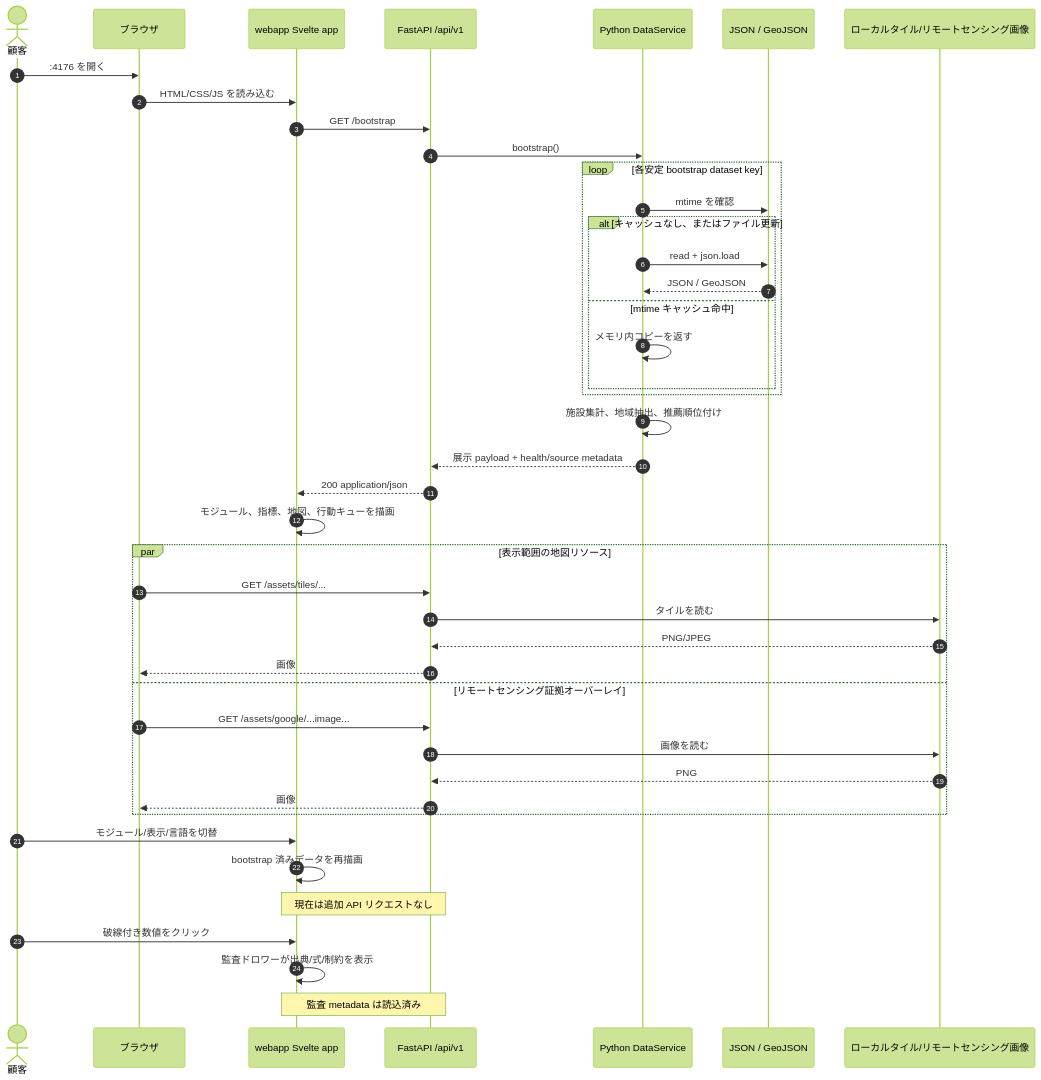
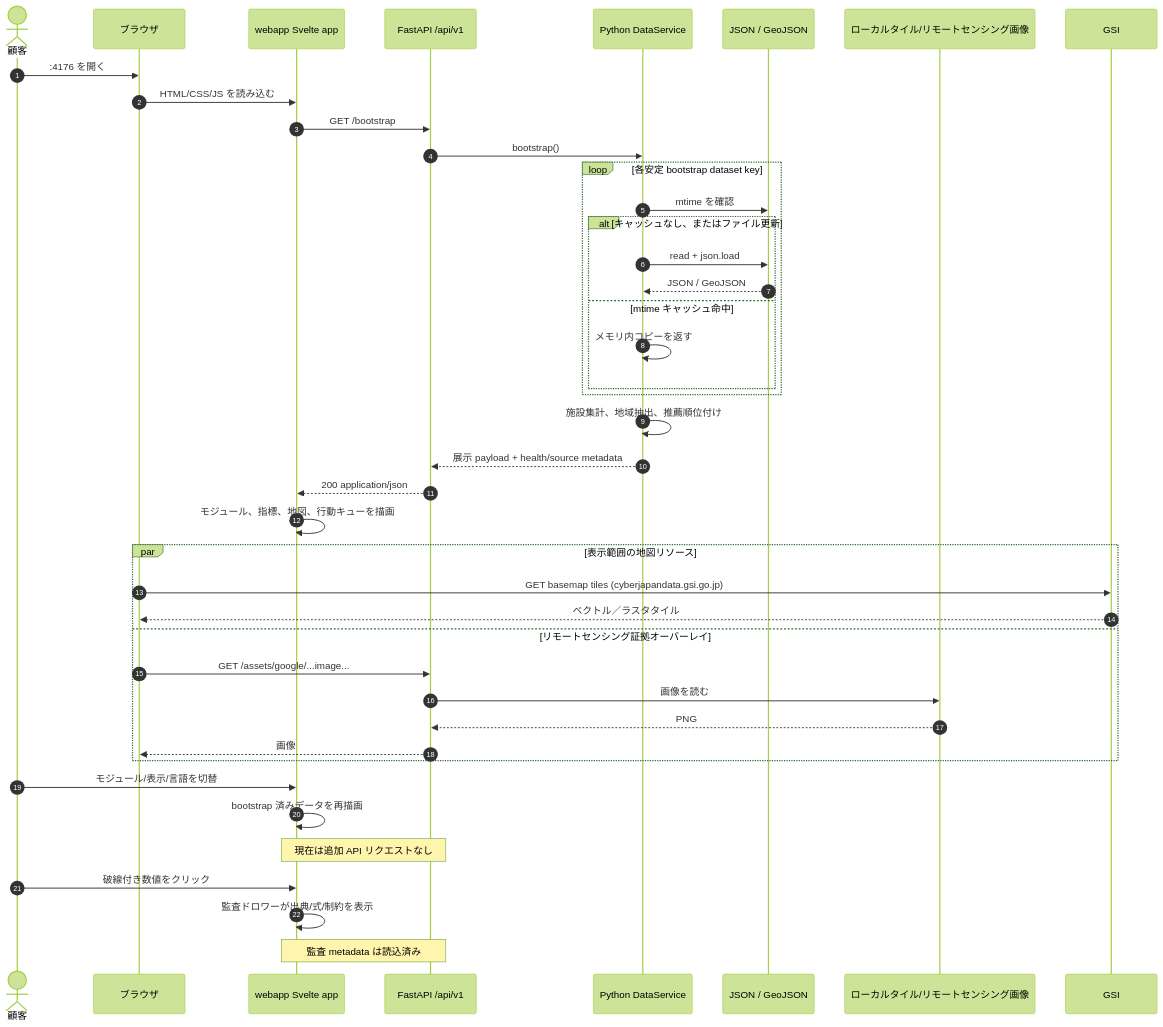
Before and after one commit to TsumiNa/terrai-spatial-intelligence: the second of 3 diagrams in docs/architecture/FRONTEND_BACKEND.ja.md, drawn with Mermaid (forest theme). The commit also changed 493 other files, not shown here.

````diff
--- a/docs/architecture/FRONTEND_BACKEND.ja.md
+++ b/docs/architecture/FRONTEND_BACKEND.ja.md
@@ -72,49 +72,47 @@
 ```mermaid
 sequenceDiagram
     autonumber
     actor Customer as 顧客
     participant Browser as ブラウザ
     participant Frontend as webapp Svelte app
     participant API as FastAPI /api/v1
     participant Service as Python DataService
     participant FL as JSON / GeoJSON
     participant Assets as ローカルタイル/リモートセンシング画像
 
     Customer->>Browser: :4176 を開く
     Browser->>Frontend: HTML/CSS/JS を読み込む
     Frontend->>API: GET /bootstrap
     API->>Service: bootstrap()
     loop 各安定 bootstrap dataset key
         Service->>FL: mtime を確認
         alt キャッシュなし、またはファイル更新
             Service->>FL: read + json.load
             FL-->>Service: JSON / GeoJSON
         else mtime キャッシュ命中
             Service->>Service: メモリ内コピーを返す
         end
     end
     Service->>Service: 施設集計、地域抽出、推薦順位付け
     Service-->>API: 展示 payload + health/source metadata
     API-->>Frontend: 200 application/json
     Frontend->>Frontend: モジュール、指標、地図、行動キューを描画
 
     par 表示範囲の地図リソース
-        Browser->>API: GET /assets/tiles/...
-        API->>Assets: タイルを読む
-        Assets-->>API: PNG/JPEG
-        API-->>Browser: 画像
+        Browser->>GSI: GET basemap tiles (cyberjapandata.gsi.go.jp)
+        GSI-->>Browser: ベクトル／ラスタタイル
     and リモートセンシング証拠オーバーレイ
         Browser->>API: GET /assets/google/...image...
         API->>Assets: 画像を読む
         Assets-->>API: PNG
         API-->>Browser: 画像
     end
 
     Customer->>Frontend: モジュール/表示/言語を切替
     Frontend->>Frontend: bootstrap 済みデータを再描画
     Note over Frontend,API: 現在は追加 API リクエストなし
 
     Customer->>Frontend: 破線付き数値をクリック
     Frontend->>Frontend: 監査ドロワーが出典/式/制約を表示
     Note over Frontend,API: 監査 metadata は読込済み
 ```
````
